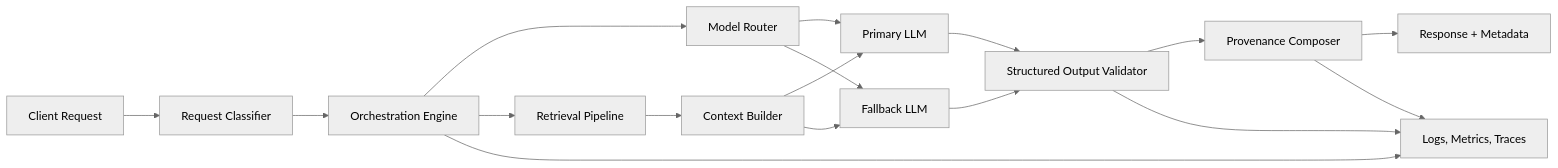
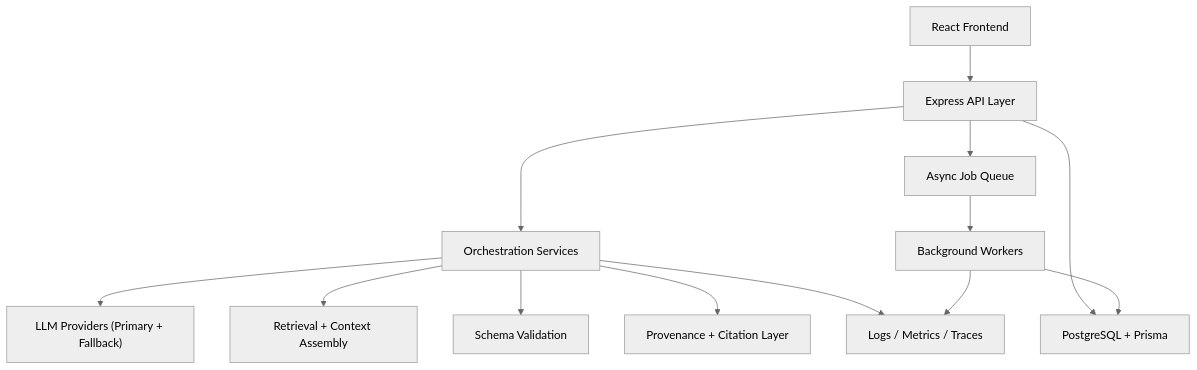
Before and after one commit to EolaFam1828/ai-intelligence-workflow: the first of 3 diagrams in docs/SYSTEMS-ARCHITECTURE.md, drawn with Mermaid (neutral theme). The commit also changed other lines of this file and 8 other files, not shown here.

````diff
--- a/docs/SYSTEMS-ARCHITECTURE.md
+++ b/docs/SYSTEMS-ARCHITECTURE.md
@@ -9,19 +7,15 @@
 ```mermaid
-flowchart LR
-    A["Client Request"] --> B["Request Classifier"]
-    B --> C["Orchestration Engine"]
-    C --> D["Model Router"]
-    C --> E["Retrieval Pipeline"]
-    E --> F["Context Builder"]
-    D --> G["Primary LLM"]
-    D --> H["Fallback LLM"]
-    F --> G
-    F --> H
-    G --> I["Structured Output Validator"]
-    H --> I
-    I --> J["Provenance Composer"]
-    J --> K["Response + Metadata"]
-    C --> L["Logs, Metrics, Traces"]
-    I --> L
-    J --> L
+flowchart TB
+    UI["React Frontend"] --> API["Express API Layer"]
+    API --> ORCH["Orchestration Services"]
+    ORCH --> LLM["LLM Providers (Primary + Fallback)"]
+    ORCH --> RET["Retrieval + Context Assembly"]
+    ORCH --> VAL["Schema Validation"]
+    ORCH --> PROV["Provenance + Citation Layer"]
+    API --> DB["PostgreSQL + Prisma"]
+    API --> QUEUE["Async Job Queue"]
+    QUEUE --> WORKERS["Background Workers"]
+    WORKERS --> DB
+    ORCH --> OBS["Logs / Metrics / Traces"]
+    WORKERS --> OBS
 ```
````
